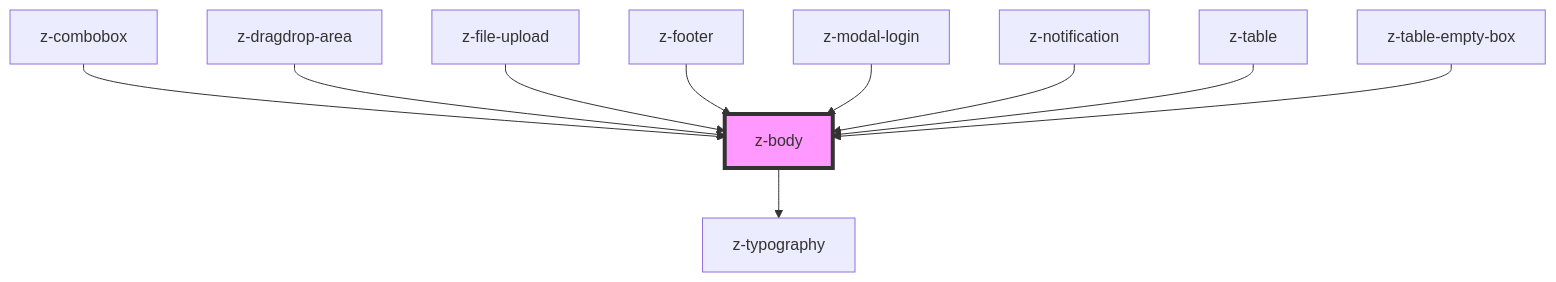
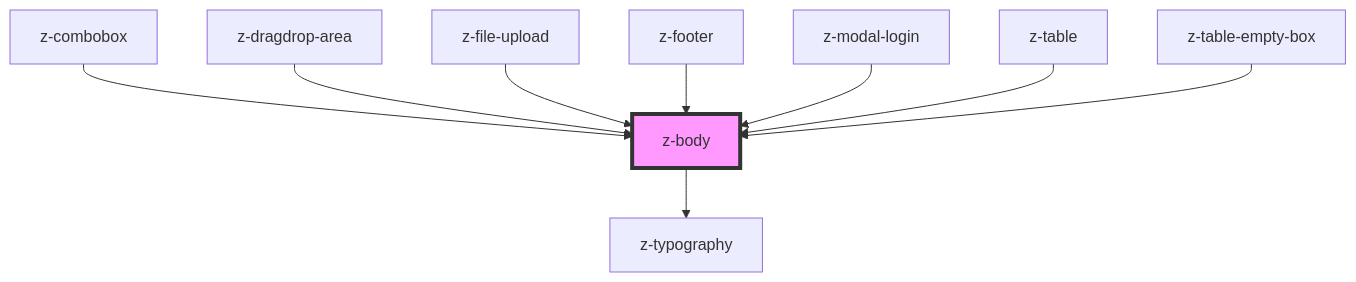
Before and after one commit to ZanichelliEditore/design-system: the diagram in src/components/typography/z-body/readme.md, drawn with Mermaid. The commit also changed other lines of this file and 5 other files, not shown here.

````diff
--- a/src/components/typography/z-body/readme.md
+++ b/src/components/typography/z-body/readme.md
@@ -33,13 +32,12 @@
 ```mermaid
 graph TD;
   z-body --> z-typography
   z-combobox --> z-body
   z-dragdrop-area --> z-body
   z-file-upload --> z-body
   z-footer --> z-body
   z-modal-login --> z-body
-  z-notification --> z-body
   z-table --> z-body
   z-table-empty-box --> z-body
   style z-body fill:#f9f,stroke:#333,stroke-width:4px
 ```
````
